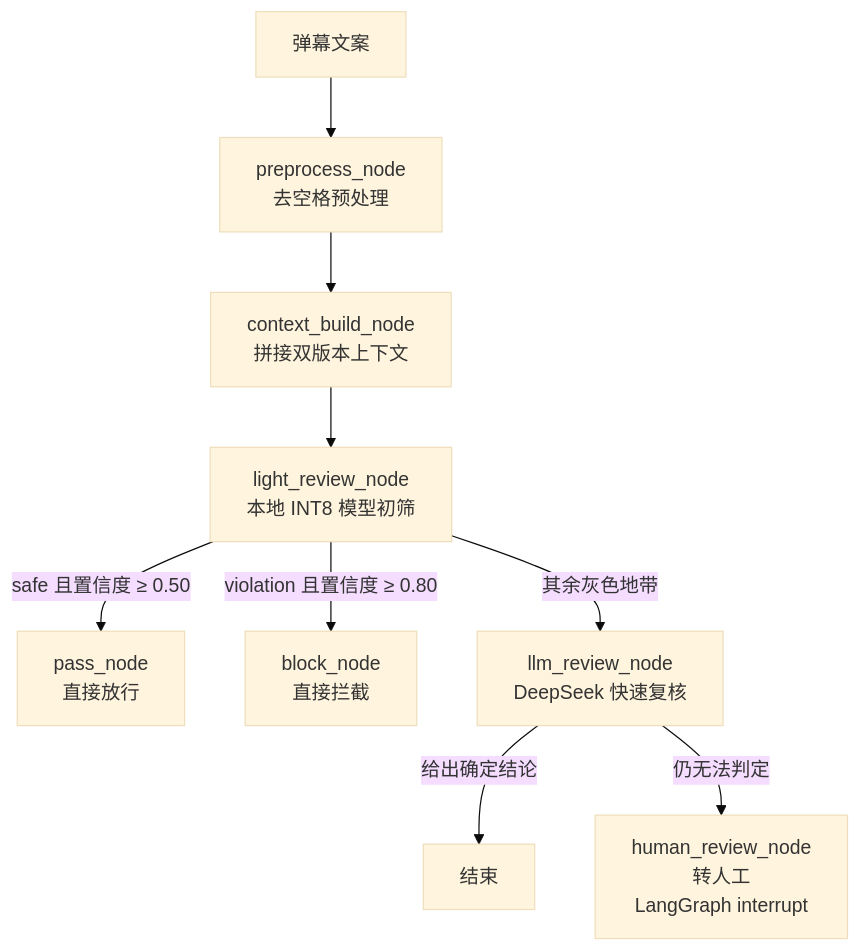
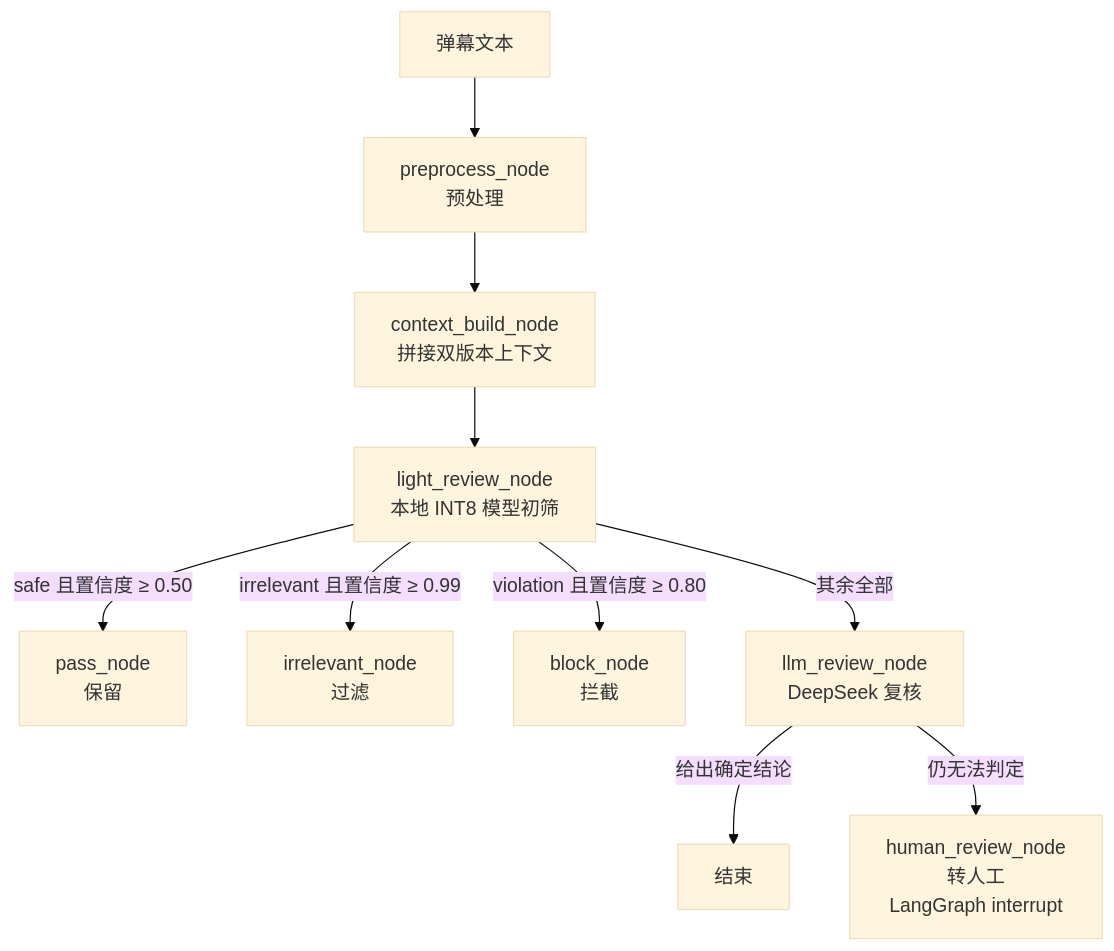
One commit to Dhr5466/danmaku-optimizer changed the first of 2 diagrams in README.md. Above: the diagram before and after it, drawn with Mermaid (base theme). The commit also changed other lines of this file and 1 other file, not shown here.

````diff
--- a/README.md
+++ b/README.md
@@ -34,11 +42,12 @@
 ```mermaid
 flowchart TD
-    A[弹幕文案] --> B[preprocess_node<br/>去空格预处理]
+    A[弹幕文本] --> B[preprocess_node<br/>预处理]
     B --> C[context_build_node<br/>拼接双版本上下文]
     C --> D[light_review_node<br/>本地 INT8 模型初筛]
-    D -->|safe 且置信度 ≥ 0.50| E[pass_node<br/>直接放行]
-    D -->|violation 且置信度 ≥ 0.80| F[block_node<br/>直接拦截]
-    D -->|其余灰色地带| G[llm_review_node<br/>DeepSeek 快速复核]
-    G -->|给出确定结论| H[结束]
-    G -->|仍无法判定| I[human_review_node<br/>转人工<br/>LangGraph interrupt]
+    D -->|safe 且置信度 ≥ 0.50| E[pass_node<br/>保留]
+    D -->|irrelevant 且置信度 ≥ 0.99| F[irrelevant_node<br/>过滤]
+    D -->|violation 且置信度 ≥ 0.80| G[block_node<br/>拦截]
+    D -->|其余全部| H[llm_review_node<br/>DeepSeek 复核]
+    H -->|给出确定结论| I[结束]
+    H -->|仍无法判定| J[human_review_node<br/>转人工<br/>LangGraph interrupt]
 ```
````
